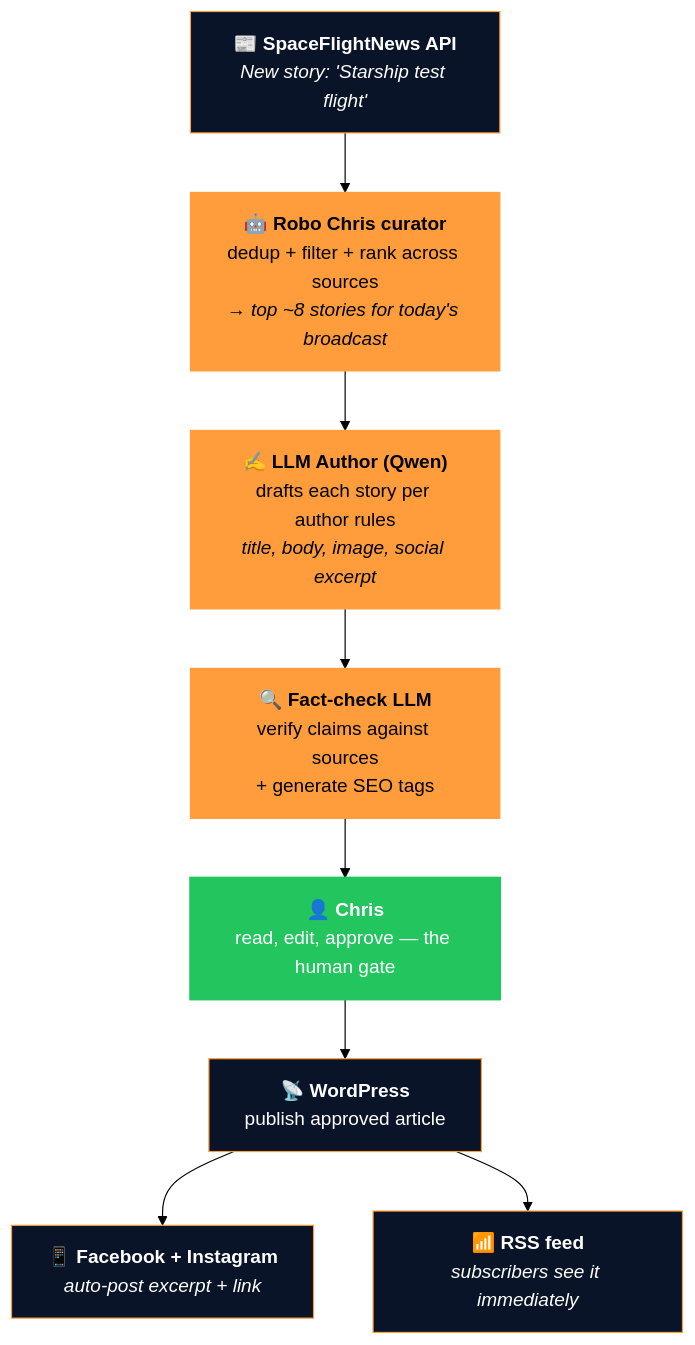
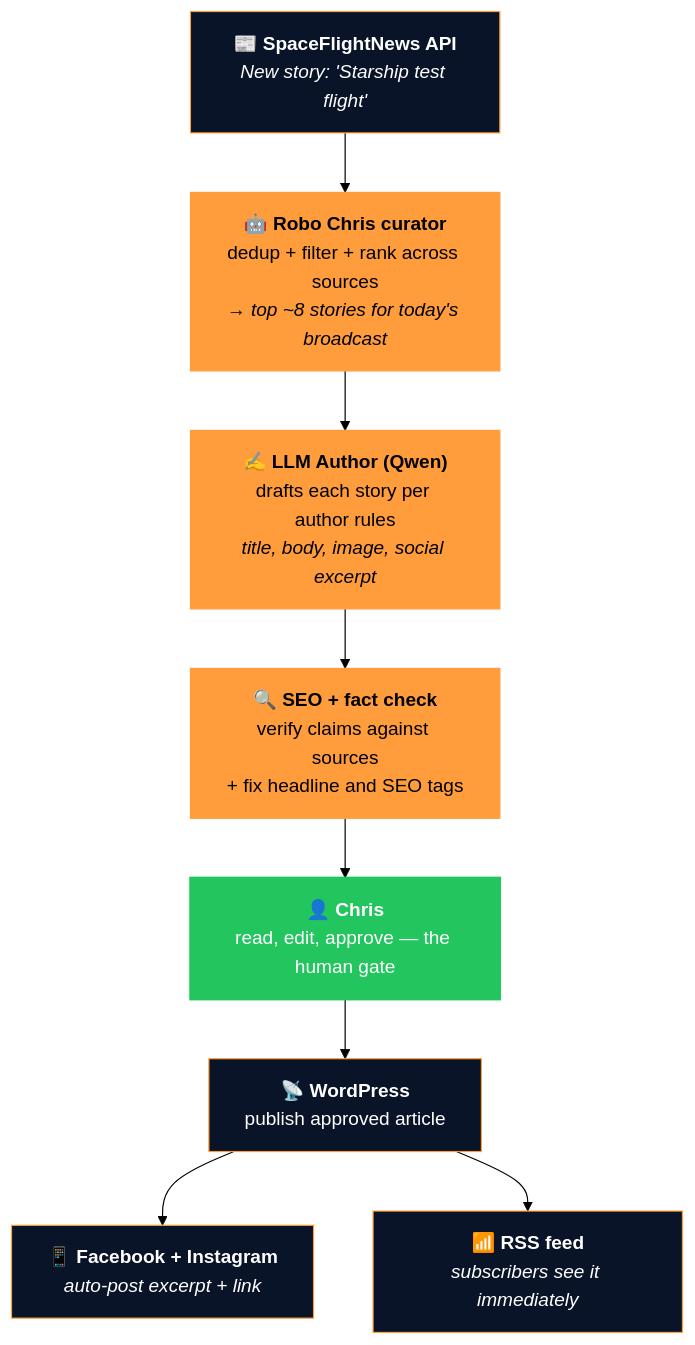
The diagram in docs/how-it-works/pipeline.md (The-Canadian-Space/tcs-public-wiki), drawn with Mermaid (forest theme) before and after one commit. The commit also changed other lines of this file and 8 other files, not shown here.

First line of the commit message:
docs: describe both publishing routes and the fact check accurately (tcs-docs#260)

````diff
--- a/docs/how-it-works/pipeline.md
+++ b/docs/how-it-works/pipeline.md
@@ -102,22 +106,22 @@
 ```mermaid
 graph TD
     A["📰 <b>SpaceFlightNews API</b><br/><i>New story: 'Starship test flight'</i>"]
     B["🤖 <b>Robo Chris curator</b><br/>dedup + filter + rank across sources<br/><i>→ top ~8 stories for today's broadcast</i>"]
     C["✍️ <b>LLM Author (Qwen)</b><br/>drafts each story per author rules<br/><i>title, body, image, social excerpt</i>"]
-    D["🔍 <b>Fact-check LLM</b><br/>verify claims against sources<br/>+ generate SEO tags"]
+    D["🔍 <b>SEO + fact check</b><br/>verify claims against sources<br/>+ fix headline and SEO tags"]
     E["👤 <b>Chris</b><br/>read, edit, approve — the human gate"]
     F["📡 <b>WordPress</b><br/>publish approved article"]
     G["📱 <b>Facebook + Instagram</b><br/><i>auto-post excerpt + link</i>"]
     H["📶 <b>RSS feed</b><br/><i>subscribers see it immediately</i>"]
 
     A --> B --> C --> D --> E --> F
     F --> G
     F --> H
 
     classDef data fill:#0A1428,color:#fff,stroke:#FF9D3D,stroke-width:1px
     classDef ai fill:#FF9D3D,color:#000,stroke:#FF9D3D,stroke-width:1px
     classDef human fill:#22C55E,color:#fff,stroke:#22C55E,stroke-width:2px
     class A,F,G,H data
     class B,C,D ai
     class E human
 ```
````
